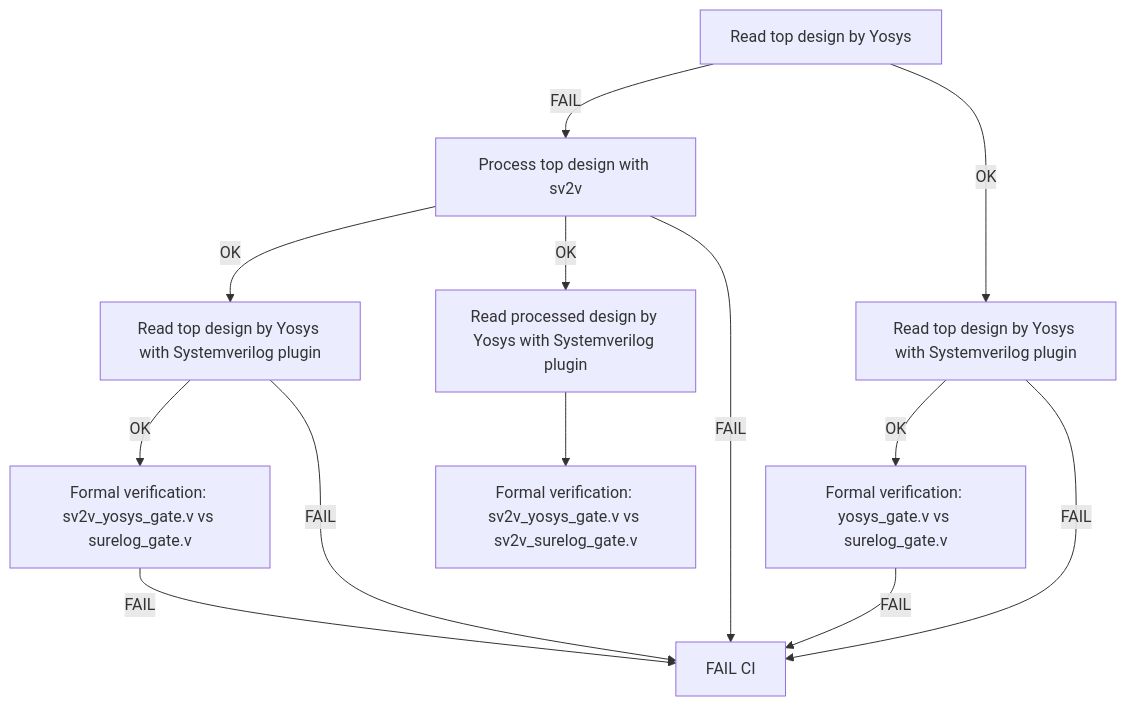
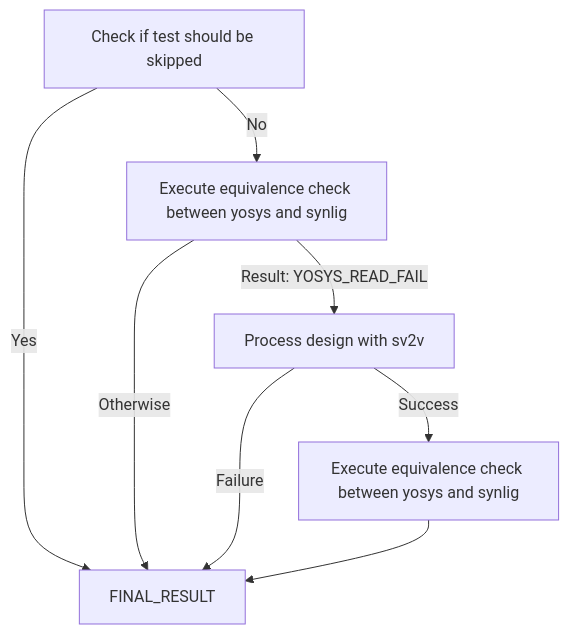
The diagram in tests/formal/README.md (chipsalliance/synlig), drawn with Mermaid before and after one commit. The commit also changed other lines of this file and 16 other files, not shown here.

First line of the commit message:
Use eqy and sby to perform formal verification

````diff
--- a/tests/formal/README.md
+++ b/tests/formal/README.md
@@ -4,27 +4,20 @@
 ```mermaid
 graph TD;
-    A["Read top design by Yosys"]
-    B["Process top design with sv2v"]
-    C1["Read top design by Yosys with Systemverilog plugin"]
-    C2["Read top design by Yosys with Systemverilog plugin"]
-    D["Formal verification: yosys_gate.v vs surelog_gate.v"]
-    E["Formal verification: sv2v_yosys_gate.v vs surelog_gate.v"]
-    F["Formal verification: sv2v_yosys_gate.v vs sv2v_surelog_gate.v"]
-    G["Read processed design by Yosys with Systemverilog plugin"]
-    X["FAIL CI"]
+    A["Check if test should be skipped"]
+    B["Execute equivalence check between yosys and synlig"]
+    C["Process design with sv2v"]
+    D["Execute equivalence check between yosys and synlig"]
 
-    A-->|"FAIL"|B;
-    B-->|"OK"|C2;
-    C2-->|"OK"|E;
-    B-->|"OK"|G;
-    G-->F;
+    F["FINAL_RESULT"]
 
-    A-->|"OK"|C1;
-    C1-->|"OK"|D;
+    A-->|"Yes"|F;
+    A-->|"No"|B;
 
-    C2-->|"FAIL"|X;
-    B-->|"FAIL"|X;
-    E-->|"FAIL"|X;
-    C1-->|"FAIL"|X;
-    D-->|"FAIL"|X;
+    B-->|"Result: YOSYS_READ_FAIL"|C;
+    B-->|"Otherwise"|F;
+
+    C-->|"Success"|D;
+    C-->|"Failure"|F;
+
+	D-->F
 ```
````
